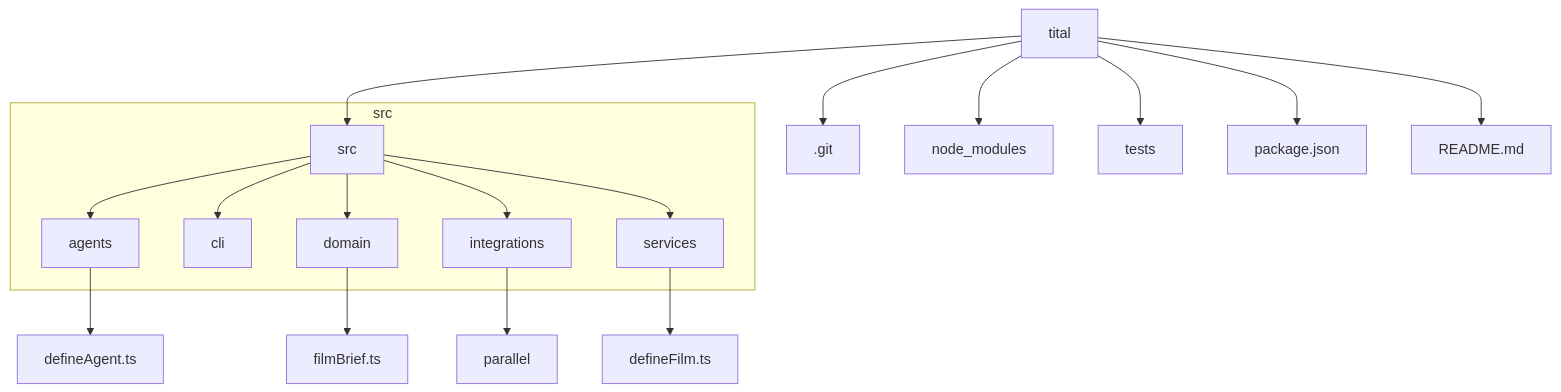
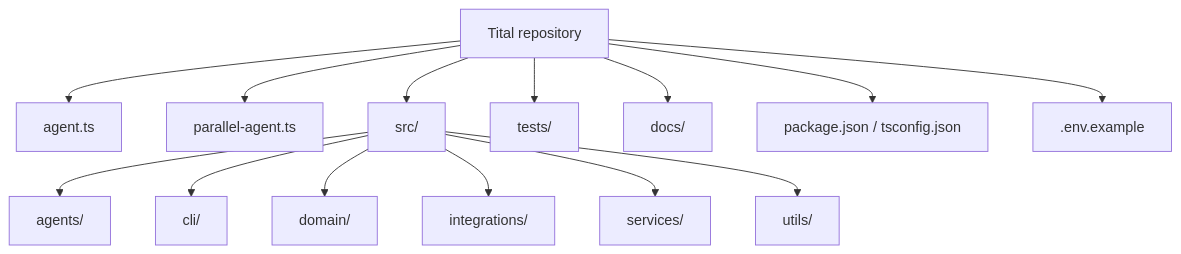
Before and after one commit to amin076/tital: the first of 2 diagrams in docs/architecture/repository-structure.md, drawn with Mermaid. The commit also changed other lines of this file, not shown here.

Commit message:
docs: map actual tracked repository structure

````diff
--- a/docs/architecture/repository-structure.md
+++ b/docs/architecture/repository-structure.md
@@ -5,23 +5,18 @@
 ```mermaid
 graph TD
-    A[tital]
-    A --> B[.git]
-    A --> C[node_modules]
-    A --> D[src]
-    A --> E[tests]
-    A --> F[package.json]
-    A --> G[README.md]
+    ROOT[Tital repository]
+    ROOT --> A[agent.ts]
+    ROOT --> PA[parallel-agent.ts]
+    ROOT --> SRC[src/]
+    ROOT --> T[tests/]
+    ROOT --> D[docs/]
+    ROOT --> PKG[package.json / tsconfig.json]
+    ROOT --> ENV[.env.example]
 
-    subgraph src
-        D --> H[agents]
-        D --> I[cli]
-        D --> J[domain]
-        D --> K[integrations]
-        D --> L[services]
-    end
-
-    H --> M[defineAgent.ts]
-    J --> N[filmBrief.ts]
-    K --> O[parallel]
-    L --> P[defineFilm.ts]
+    SRC --> AG[agents/]
+    SRC --> CLI[cli/]
+    SRC --> DOM[domain/]
+    SRC --> INT[integrations/]
+    SRC --> SVC[services/]
+    SRC --> U[utils/]
 ```
````
